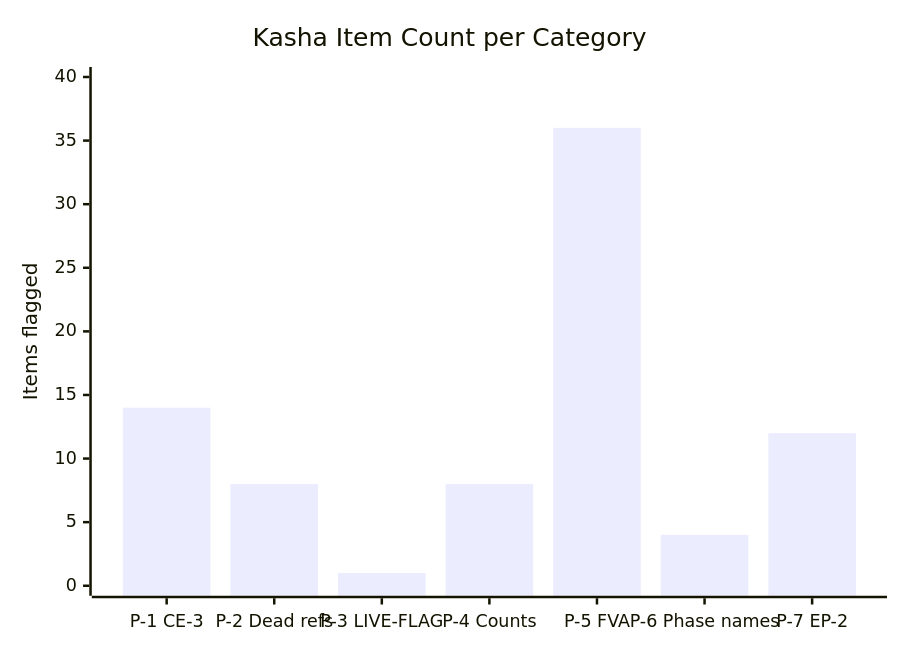
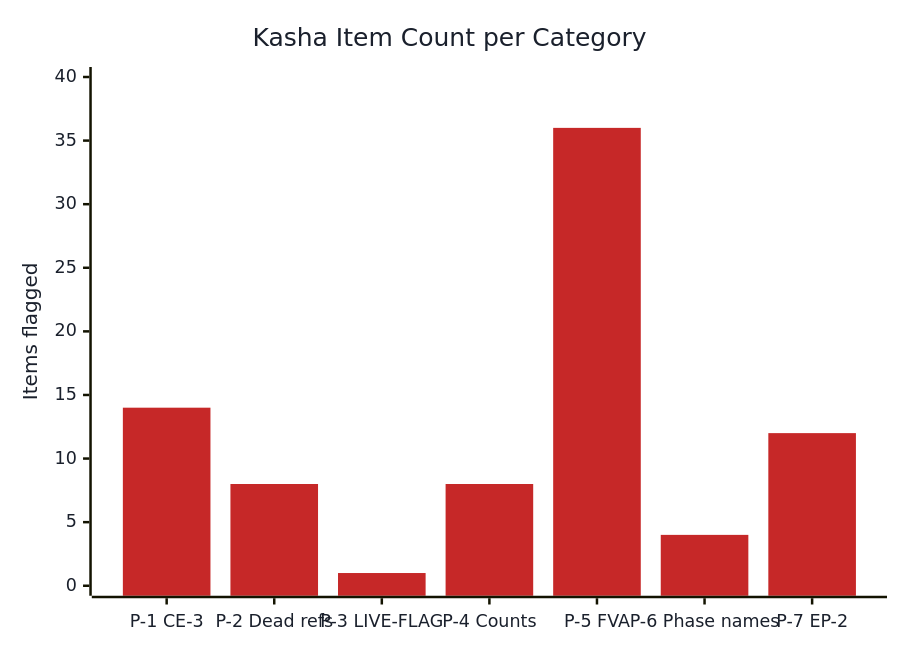
Before and after one commit to Bogersebekov/jetix-os: the second of 3 diagrams in reports/phase-0-fpf-scope/diagrams/04-kasha-heatmap.md, drawn with Mermaid. The commit also changed other lines of this file and 4 other files, not shown here.

Commit message:
[phase-0][diagrams] fix contrast — explicit color:#1a202c в classDef + themeVariables init для всех 5 диаграмм (dark theme readability)

````diff
--- a/reports/phase-0-fpf-scope/diagrams/04-kasha-heatmap.md
+++ b/reports/phase-0-fpf-scope/diagrams/04-kasha-heatmap.md
@@ -36,7 +37,8 @@
 ```mermaid
+%%{init: {'theme':'base','themeVariables':{'fontFamily':'Inter, system-ui, sans-serif','primaryTextColor':'#1a202c','xyChart':{'titleColor':'#1a202c','xAxisLabelColor':'#1a202c','yAxisLabelColor':'#1a202c','xAxisTitleColor':'#1a202c','yAxisTitleColor':'#1a202c','plotColorPalette':'#c62828'}}}}%%
 xychart-beta
     title "Kasha Item Count per Category"
     x-axis ["P-1 CE-3","P-2 Dead refs","P-3 LIVE-FLAG","P-4 Counts","P-5 FVA","P-6 Phase names","P-7 EP-2"]
     y-axis "Items flagged" 0 --> 40
     bar [14, 8, 1, 8, 36, 4, 12]
 ```
````
